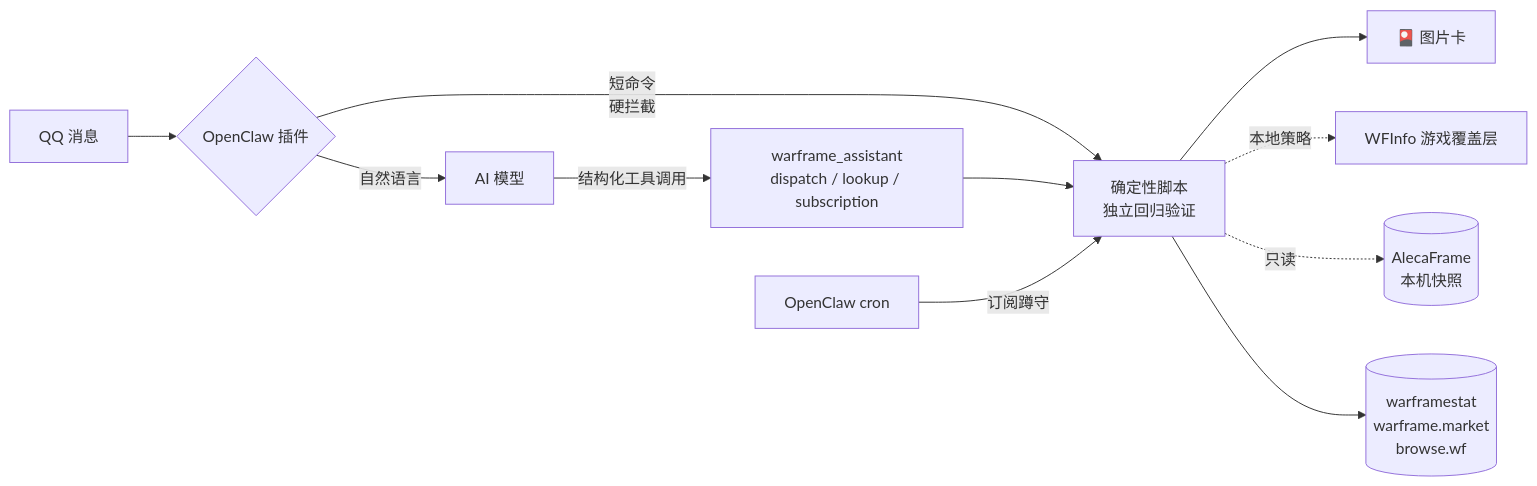
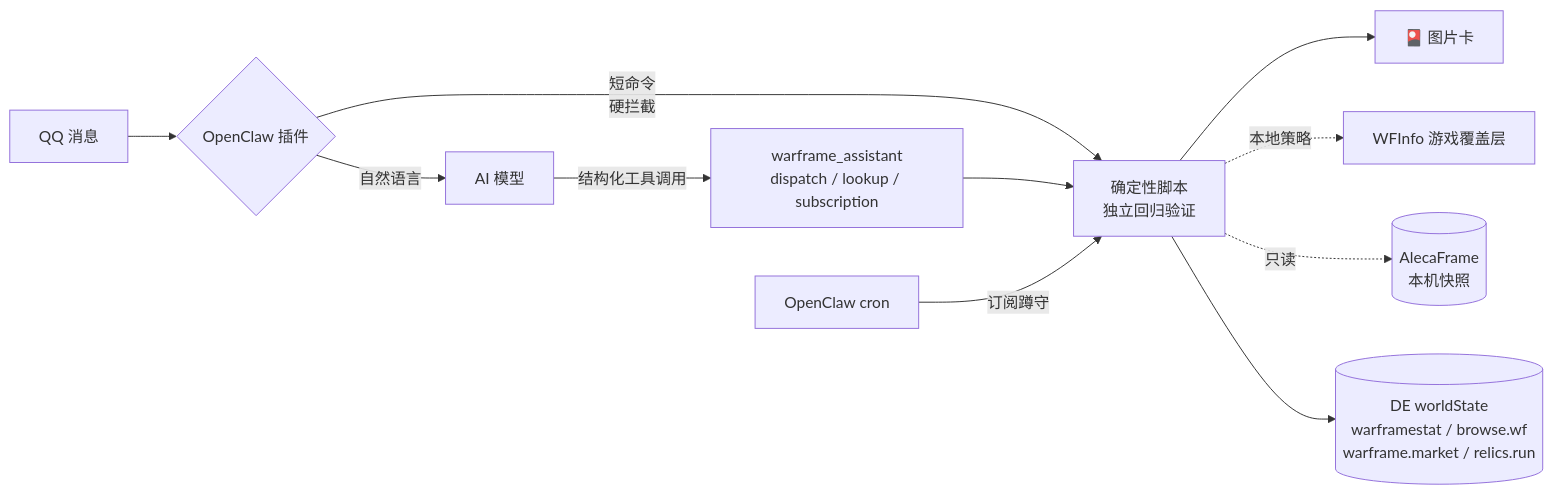
The diagram in README.md (FFangx/openclaw-warframe-assistant), drawn with Mermaid before and after one commit. The commit also changed other lines of this file and 18 other files, not shown here.

````diff
--- a/README.md
+++ b/README.md
@@ -65,13 +65,13 @@
 ```mermaid
 flowchart LR
     QQ[QQ 消息] --> P{OpenClaw 插件}
     P -->|短命令<br/>硬拦截| S[确定性脚本<br/>独立回归验证]
     P -->|自然语言| AI[AI 模型]
     AI -->|结构化工具调用| D[warframe_assistant<br/>dispatch / lookup / subscription]
     D --> S
     S --> C[🎴 图片卡]
     S -.本地策略.-> W[WFInfo 游戏覆盖层]
     S -.只读.-> A[(AlecaFrame<br/>本机快照)]
-    S --> API[(warframestat<br/>warframe.market<br/>browse.wf)]
+    S --> API[(DE worldState<br/>warframestat / browse.wf<br/>warframe.market / relics.run)]
     CRON[OpenClaw cron] -->|订阅蹲守| S
 ```
````
